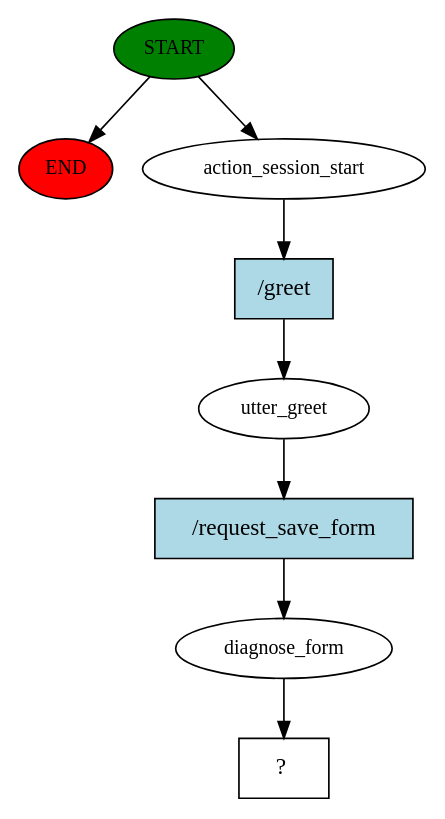
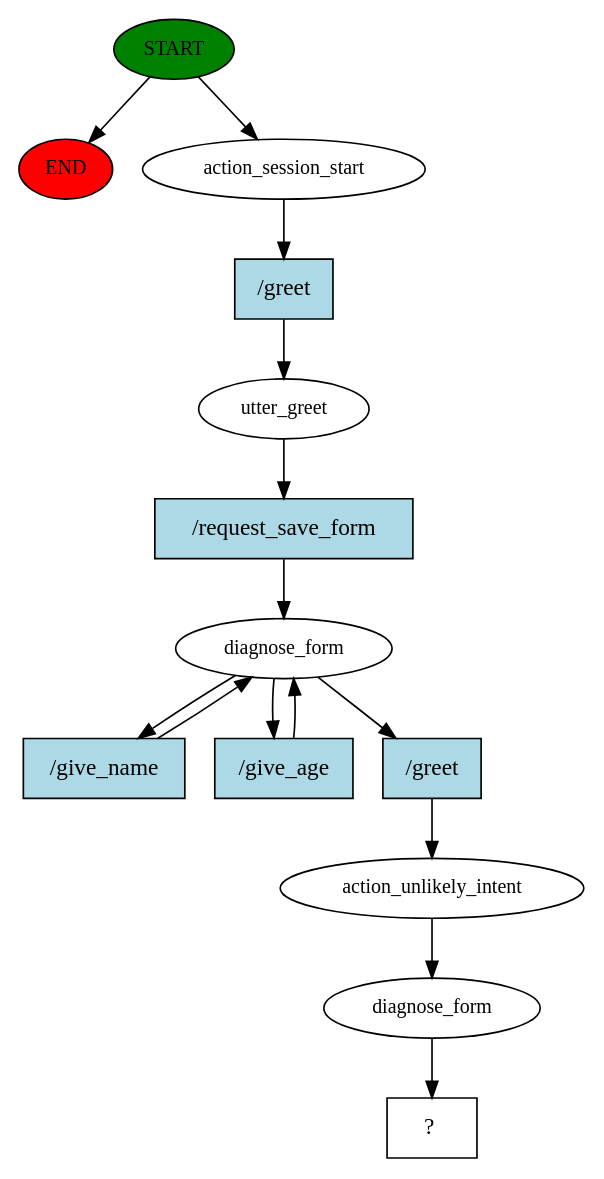
One commit to 1712832wine/rasa changed the diagram in story_graph.dot. Above: the diagram before and after it, drawn with Graphviz. The commit also changed 10 other files, not shown here.

```diff
--- a/story_graph.dot
+++ b/story_graph.dot
@@ -1,17 +1,29 @@
 digraph  {
 0 [class="start active", fillcolor=green, fontsize=12, label=START, style=filled];
 "-1" [class=end, fillcolor=red, fontsize=12, label=END, style=filled];
 1 [class=active, fontsize=12, label=action_session_start];
 2 [class=active, fontsize=12, label=utter_greet];
 3 [class=active, fontsize=12, label=diagnose_form];
-4 [class="intent dashed active", label="  ?  ", shape=rect];
-5 [class="intent active", fillcolor=lightblue, label="/greet", shape=rect, style=filled];
-6 [class="intent active", fillcolor=lightblue, label="/request_save_form", shape=rect, style=filled];
+6 [class=active, fontsize=12, label=action_unlikely_intent];
+7 [class=active, fontsize=12, label=diagnose_form];
+8 [class="intent dashed active", label="  ?  ", shape=rect];
+9 [class="intent active", fillcolor=lightblue, label="/greet", shape=rect, style=filled];
+10 [class="intent active", fillcolor=lightblue, label="/request_save_form", shape=rect, style=filled];
+11 [class="intent active", fillcolor=lightblue, label="/give_name", shape=rect, style=filled];
+12 [class="intent active", fillcolor=lightblue, label="/give_age", shape=rect, style=filled];
+13 [class="intent active", fillcolor=lightblue, label="/greet", shape=rect, style=filled];
 0 -> "-1"  [class="", key=NONE, label=""];
 0 -> 1  [class=active, key=NONE, label=""];
-1 -> 5  [class=active, key=0];
-2 -> 6  [class=active, key=0];
-3 -> 4  [class=active, key=NONE, label=""];
-5 -> 2  [class=active, key=0];
-6 -> 3  [class=active, key=0];
+1 -> 9  [class=active, key=0];
+2 -> 10  [class=active, key=0];
+3 -> 11  [class=active, key=0];
+3 -> 12  [class=active, key=0];
+3 -> 13  [class=active, key=0];
+6 -> 7  [class=active, key=NONE, label=""];
+7 -> 8  [class=active, key=NONE, label=""];
+9 -> 2  [class=active, key=0];
+10 -> 3  [class=active, key=0];
+11 -> 3  [class=active, key=0];
+12 -> 3  [class=active, key=0];
+13 -> 6  [class=active, key=0];
 }
```
